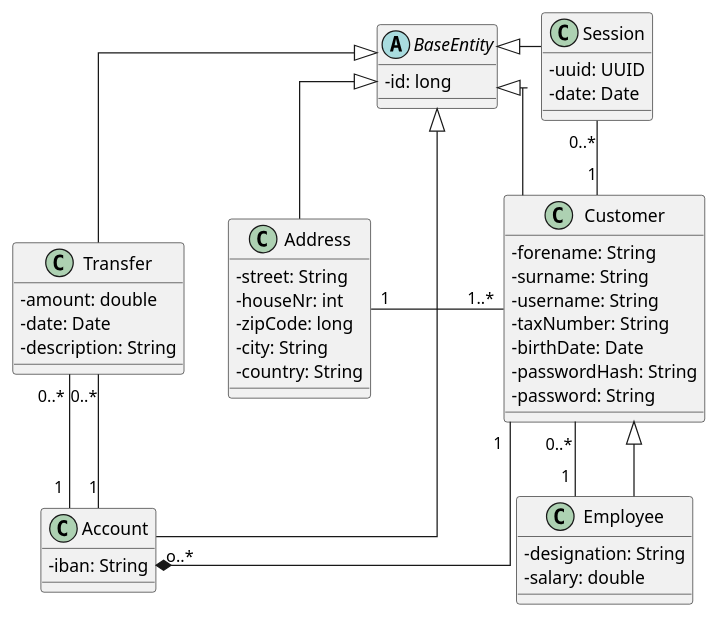
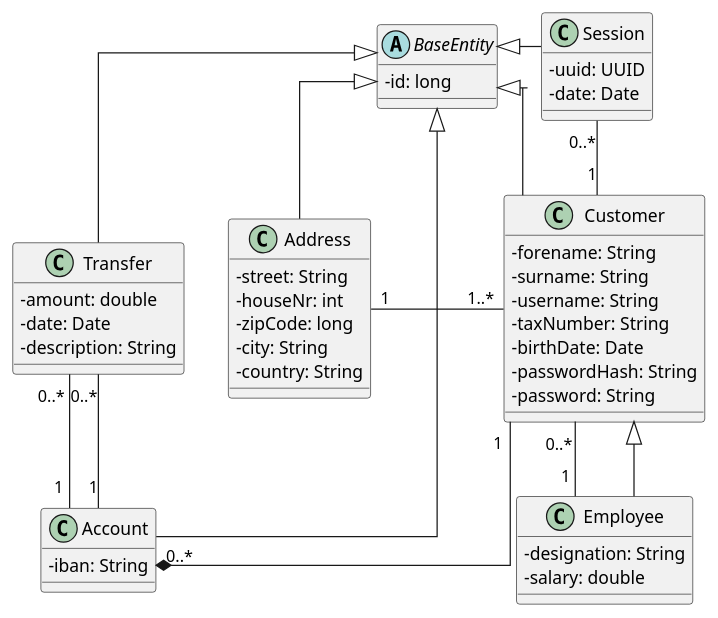
One commit to SteffBauer/sw_project changed the diagram in documentation/diagrams/DiagramClass_BankingService.puml. Above: the diagram before and after it, drawn with PlantUML.

Commit message:
Corrected entity

```diff
--- a/documentation/diagrams/DiagramClass_BankingService.puml
+++ b/documentation/diagrams/DiagramClass_BankingService.puml
@@ -1,74 +1,74 @@
 @startuml
 skinparam classAttributeIconSize 0
 skinparam linetype ortho
 
 ' Declare Classes
 abstract class BaseEntity{
    - id: long
    '- getId(): long
    '+ equals(object: Object): boolean
    '+ hashCode(): int
 }
 
 class Account{
   - iban: String
 }
 
 class Address{
   - street: String
   - houseNr: int
   - zipCode: long
   - city: String
   - country: String
   '+ getResidents(): List<Customer>
   '+ addResident(customer: Customer): void
 }
 
 class Customer{
   - forename: String
   - surname: String
   - username: String
   - taxNumber: String
   - birthDate: Date
   - passwordHash: String
   - password: String
 }
 
 class Employee{
    - designation: String
    - salary: double
 }
 
 class Session{
   - uuid: UUID
   - date: Date
 }
 
 class Transfer{
   - amount: double
   - date: Date
   - description: String
 }
 
 
 ' Declare relationship of classes
 Session "0..*" -- "1" Customer
-Customer "1" --* "o..*" Account
+Customer "1" --* "0..*" Account
 Address "1" - "1..*" Customer
 Transfer "0..*" - "1" Account
 Transfer "0..*" - "1" Account
 Customer "0..*" -- "1" Employee
 
 BaseEntity <|-- Account
 BaseEntity <|-- Address
 BaseEntity <|-- Customer
 BaseEntity <|-- Session
 BaseEntity <|-- Transfer
 
 Customer <|-- Employee
 
 BaseEntity -[hidden]> Session
 Transfer -[hidden]> Address
 Transfer -[hidden]-> Account
 
 @enduml
```
